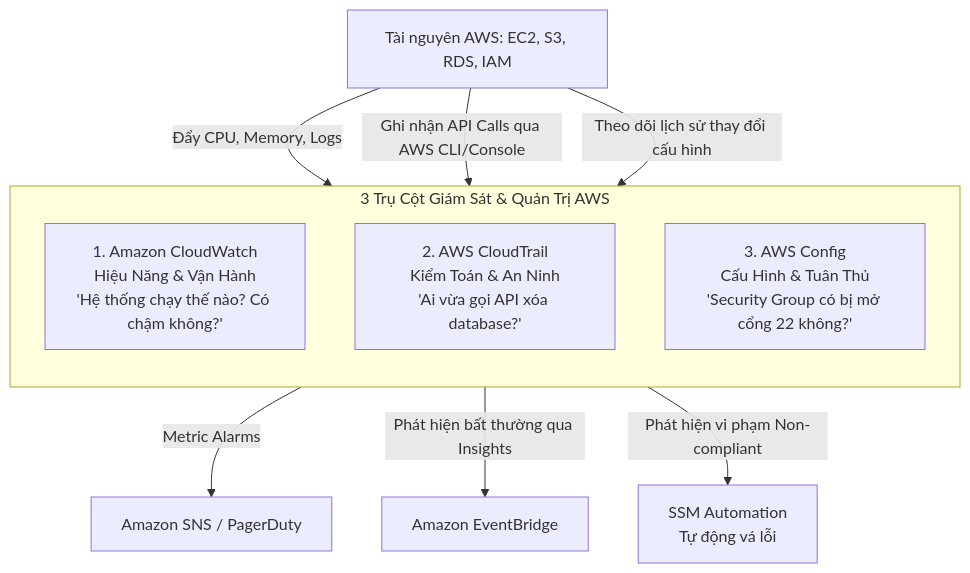
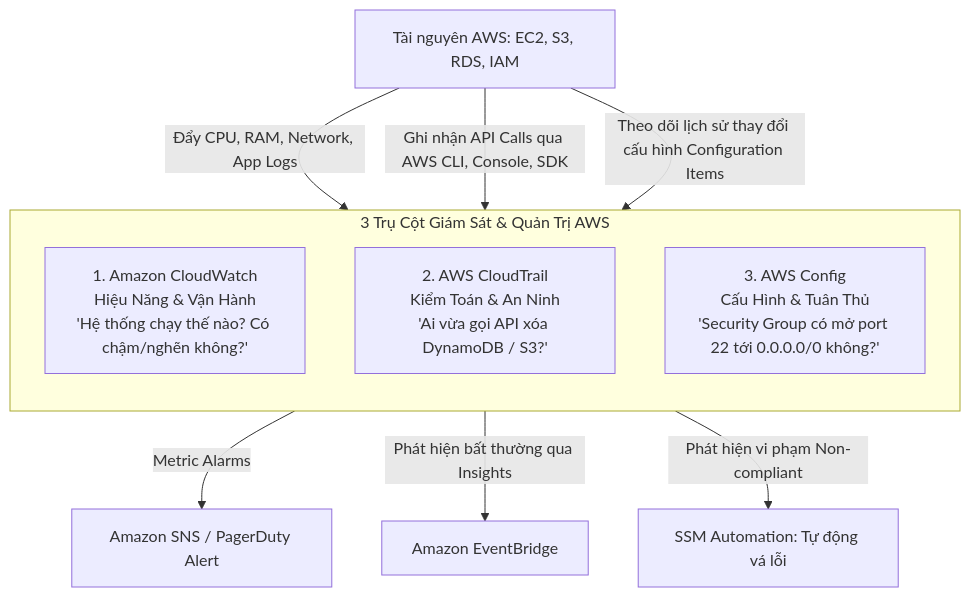
Before and after one commit to nhatphanhk/AWS_XBrain_Note: the first of 2 diagrams in AWS_Services/CloudWatch_CloudTrail_Observability.md, drawn with Mermaid. The commit also changed other lines of this file and 15 other files, not shown here.

````diff
--- a/AWS_Services/CloudWatch_CloudTrail_Observability.md
+++ b/AWS_Services/CloudWatch_CloudTrail_Observability.md
@@ -21,17 +23,17 @@
 ```mermaid
 flowchart TD
     subgraph ObservabilityPillars[3 Trụ Cột Giám Sát & Quản Trị AWS]
         direction TB
-        CW[1. Amazon CloudWatch\nHiệu Năng & Vận Hành\n'Hệ thống chạy thế nào? Có chậm không?']
-        CT[2. AWS CloudTrail\nKiểm Toán & An Ninh\n'Ai vừa gọi API xóa database?']
-        CFG[3. AWS Config\nCấu Hình & Tuân Thủ\n'Security Group có bị mở cổng 22 không?']
+        CW[1. Amazon CloudWatch\nHiệu Năng & Vận Hành\n'Hệ thống chạy thế nào? Có chậm/nghẽn không?']
+        CT[2. AWS CloudTrail\nKiểm Toán & An Ninh\n'Ai vừa gọi API xóa DynamoDB / S3?']
+        CFG[3. AWS Config\nCấu Hình & Tuân Thủ\n'Security Group có mở port 22 tới 0.0.0.0/0 không?']
     end
 
-    EC2[Tài nguyên AWS: EC2, S3, RDS, IAM] -->|Đẩy CPU, Memory, Logs| CW
-    EC2 -->|Ghi nhận API Calls qua AWS CLI/Console| CT
-    EC2 -->|Theo dõi lịch sử thay đổi cấu hình| CFG
+    EC2[Tài nguyên AWS: EC2, S3, RDS, IAM] -->|Đẩy CPU, RAM, Network, App Logs| CW
+    EC2 -->|Ghi nhận API Calls qua AWS CLI, Console, SDK| CT
+    EC2 -->|Theo dõi lịch sử thay đổi cấu hình Configuration Items| CFG
 
-    CW -->|Metric Alarms| SNS[Amazon SNS / PagerDuty]
-    CT -->|Phát hiện bất thường qua Insights| EventBridge[Amazon EventBridge]
-    CFG -->|Phát hiện vi phạm Non-compliant| SSM[SSM Automation\nTự động vá lỗi]
+    CW -->|Metric Alarms| SNS[Amazon SNS / PagerDuty Alert]
+    CT -->|Phát hiện bất thường qua Insights| EB[Amazon EventBridge]
+    CFG -->|Phát hiện vi phạm Non-compliant| SSM[SSM Automation: Tự động vá lỗi]
 ```
````
